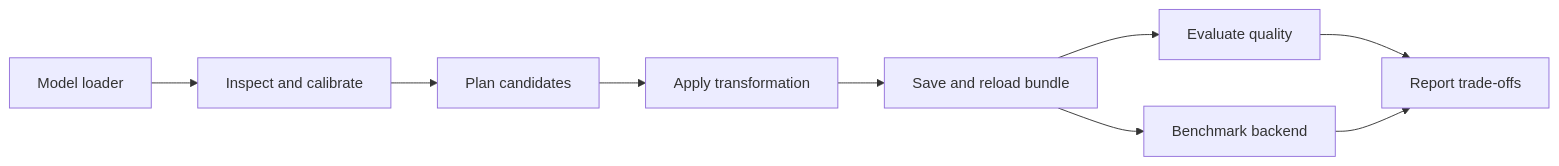
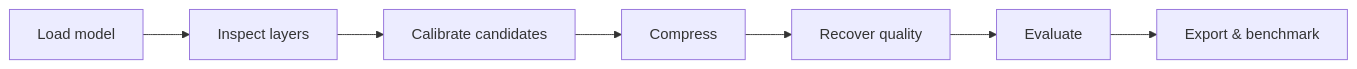
Before and after one commit to XabiBlaz/tensor-decomposition-compression: the diagram in README.md, drawn with Mermaid. The commit also changed other lines of this file, not shown here.

````diff
--- a/README.md
+++ b/README.md
@@ -32,11 +13,9 @@
 ```mermaid
 flowchart LR
-  A[Model loader] --> B[Inspect and calibrate]
-  B --> C[Plan candidates]
-  C --> D[Apply transformation]
-  D --> E[Save and reload bundle]
-  E --> F[Evaluate quality]
-  E --> G[Benchmark backend]
-  F --> H[Report trade-offs]
-  G --> H
+    A[Load model] --> B[Inspect layers]
+    B --> C[Calibrate candidates]
+    C --> D[Compress]
+    D --> E[Recover quality]
+    E --> F[Evaluate]
+    F --> G[Export & benchmark]
 ```
````
